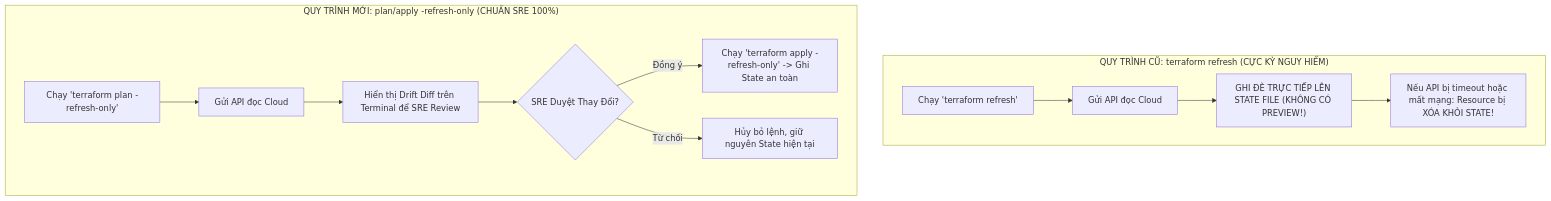
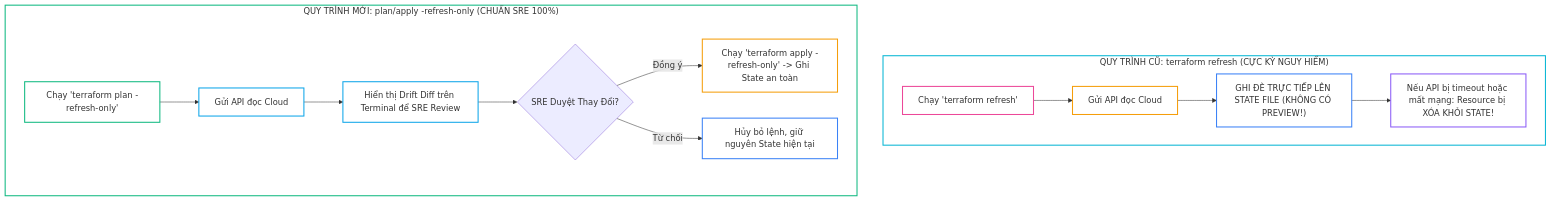
One commit to kiennt308/ntk changed the third of 3 diagrams in _posts/2026-09-13-terraform-06-06-giai-ma-terraform-state-cau-truc-json-v4-drift-detection-refresh-only.md. Above: the diagram before and after it, drawn with Mermaid. The commit also changed other lines of this file and 26 other files, not shown here.

Commit message:
style(terraform): standardize presentation, complete titles & summaries, tailor tldr, and optimize lab tables & mermaid across Bài 05 to Bài 31

````diff
--- a/_posts/2026-09-13-terraform-06-06-giai-ma-terraform-state-cau-truc-json-v4-drift-detection-refresh-only.md
+++ b/_posts/2026-09-13-terraform-06-06-giai-ma-terraform-state-cau-truc-json-v4-drift-detection-refresh-only.md
@@ -180,18 +194,28 @@
 ```mermaid
 flowchart TD
     subgraph OLD["QUY TRÌNH CŨ: terraform refresh (CỰC KỲ NGUY HIỂM)"]
         O1["Chạy 'terraform refresh'"] --> O2["Gửi API đọc Cloud"]
         O2 --> O3["GHI ĐÈ TRỰC TIẾP LÊN STATE FILE (KHÔNG CÓ PREVIEW!)"]
         O3 --> O4["Nếu API bị timeout hoặc mất mạng: Resource bị XÓA KHỎI STATE!"]
     end
 
     subgraph NEW["QUY TRÌNH MỚI: plan/apply -refresh-only (CHUẨN SRE 100%)"]
         N1["Chạy 'terraform plan -refresh-only'"] --> N2["Gửi API đọc Cloud"]
         N2 --> N3["Hiển thị Drift Diff trên Terminal để SRE Review"]
         N3 --> N4{"SRE Duyệt Thay Đổi?"}
         N4 -->|Đồng ý| N5["Chạy 'terraform apply -refresh-only' -&gt; Ghi State an toàn"]
         N4 -->|Từ chối| N6["Hủy bỏ lệnh, giữ nguyên State hiện tại"]
     end
 
-
+    style O3 fill:none,stroke:#3b82f6,stroke-width:2px
+    style N3 fill:none,stroke:#0ea5e9,stroke-width:2px
+    style N1 fill:none,stroke:#10b981,stroke-width:2px
+    style O2 fill:none,stroke:#f59e0b,stroke-width:2px
+    style O4 fill:none,stroke:#8b5cf6,stroke-width:2px
+    style O1 fill:none,stroke:#ec4899,stroke-width:2px
+    style OLD fill:none,stroke:#06b6d4,stroke-width:2px
+    style N6 fill:none,stroke:#3b82f6,stroke-width:2px
+    style N2 fill:none,stroke:#0ea5e9,stroke-width:2px
+    style NEW fill:none,stroke:#10b981,stroke-width:2px
+    style N5 fill:none,stroke:#f59e0b,stroke-width:2px
 ```
````
